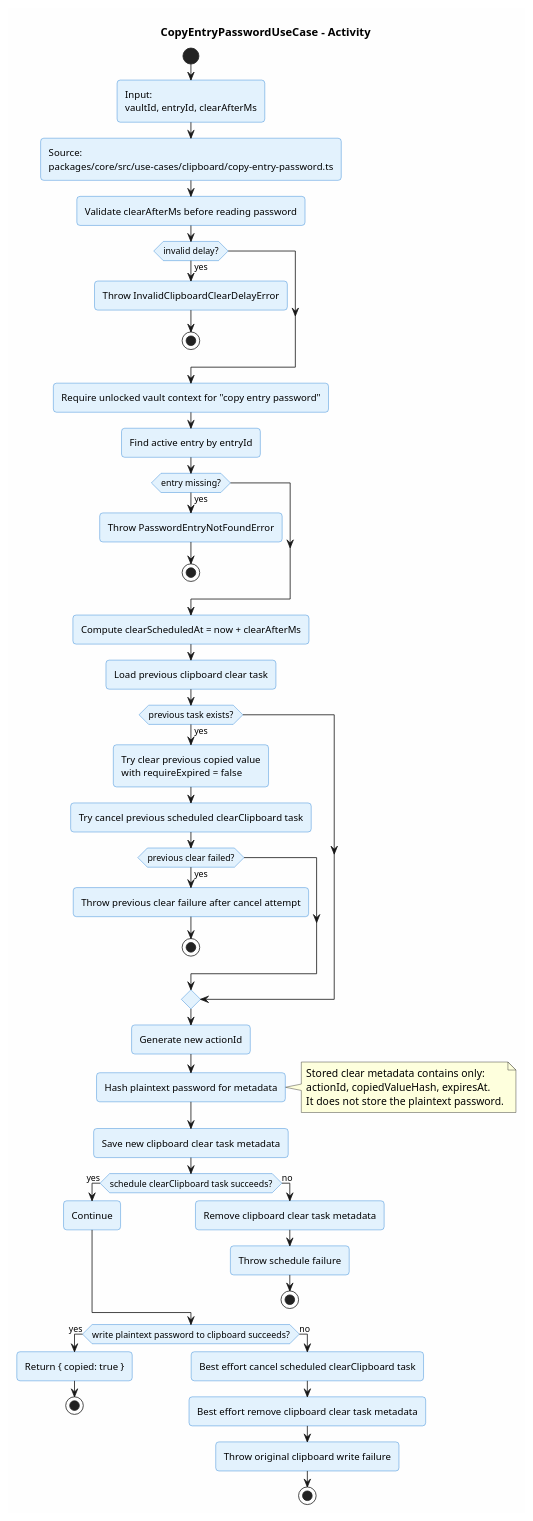
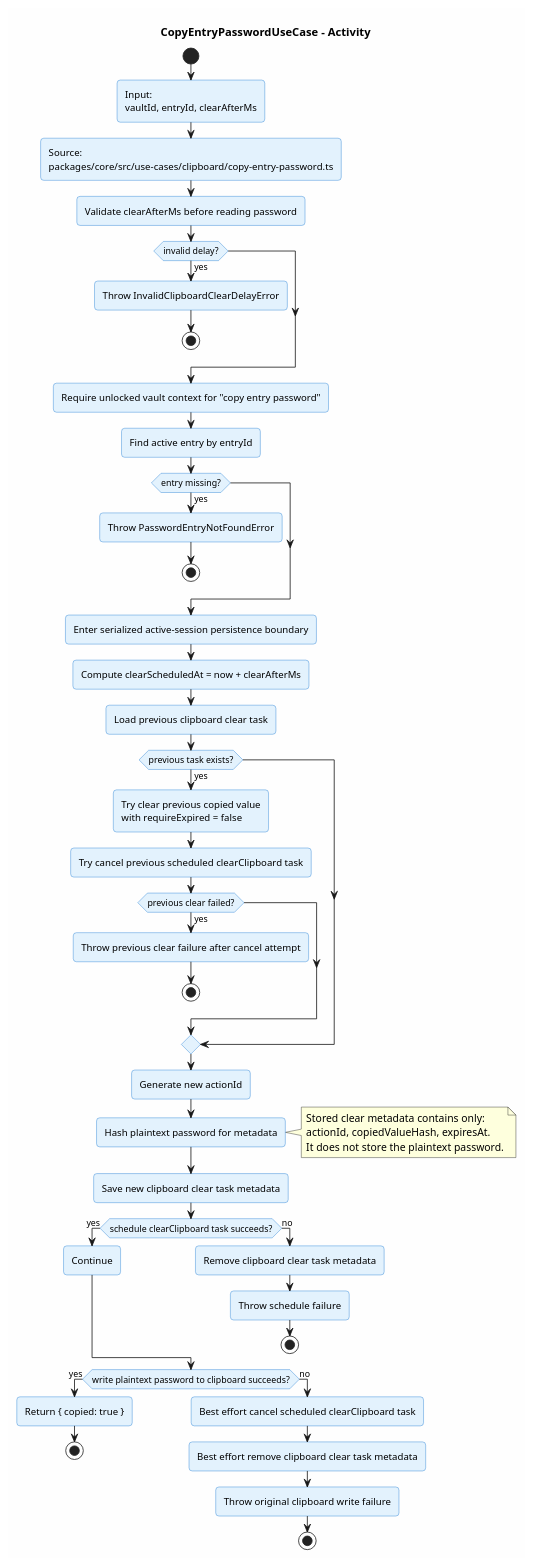
Before and after one commit to ArionStudio/engr-serverless-pm: the diagram in docs/v1/use-case/clipboard/copy-entry-password.activity.puml, drawn with PlantUML. The commit also changed 50 other files, not shown here.

```diff
--- a/docs/v1/use-case/clipboard/copy-entry-password.activity.puml
+++ b/docs/v1/use-case/clipboard/copy-entry-password.activity.puml
@@ -1,65 +1,66 @@
 @startuml copy-entry-password-activity
 title CopyEntryPasswordUseCase - Activity
 
 skinparam backgroundColor #FEFEFE
 skinparam roundcorner 8
 skinparam shadowing false
 skinparam activity {
   BackgroundColor #E3F2FD
   BorderColor #1976D2
 }
 
 start
 :Input:\nvaultId, entryId, clearAfterMs;
 :Source:\npackages/core/src/use-cases/clipboard/copy-entry-password.ts;
 :Validate clearAfterMs before reading password;
 if (invalid delay?) then (yes)
   :Throw InvalidClipboardClearDelayError;
   stop
 endif
 
 :Require unlocked vault context for "copy entry password";
 :Find active entry by entryId;
 if (entry missing?) then (yes)
   :Throw PasswordEntryNotFoundError;
   stop
 endif
 
+:Enter serialized active-session persistence boundary;
 :Compute clearScheduledAt = now + clearAfterMs;
 :Load previous clipboard clear task;
 if (previous task exists?) then (yes)
   :Try clear previous copied value\nwith requireExpired = false;
   :Try cancel previous scheduled clearClipboard task;
   if (previous clear failed?) then (yes)
     :Throw previous clear failure after cancel attempt;
     stop
   endif
 endif
 
 :Generate new actionId;
 :Hash plaintext password for metadata;
 note right
 Stored clear metadata contains only:
 actionId, copiedValueHash, expiresAt.
 It does not store the plaintext password.
 end note
 :Save new clipboard clear task metadata;
 
 if (schedule clearClipboard task succeeds?) then (yes)
   :Continue;
 else (no)
   :Remove clipboard clear task metadata;
   :Throw schedule failure;
   stop
 endif
 
 if (write plaintext password to clipboard succeeds?) then (yes)
   :Return { copied: true };
   stop
 else (no)
   :Best effort cancel scheduled clearClipboard task;
   :Best effort remove clipboard clear task metadata;
   :Throw original clipboard write failure;
   stop
 endif
 @enduml
```
